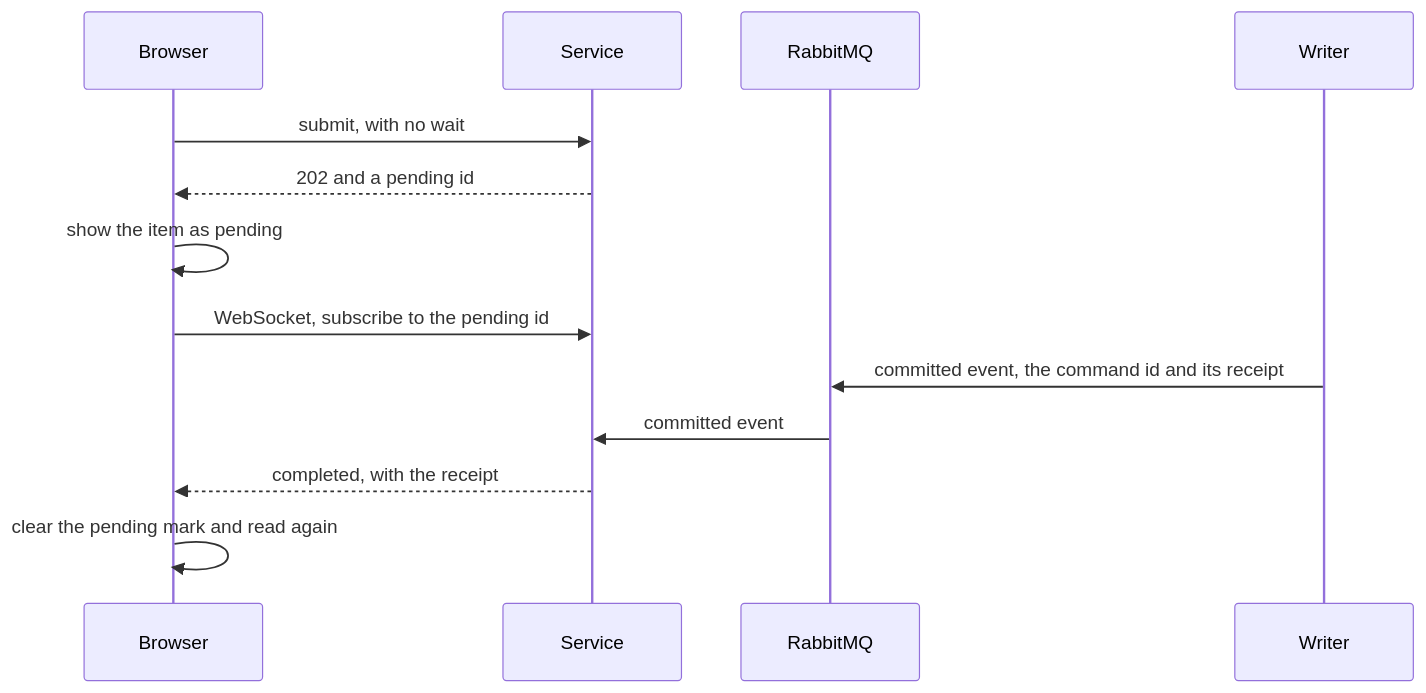
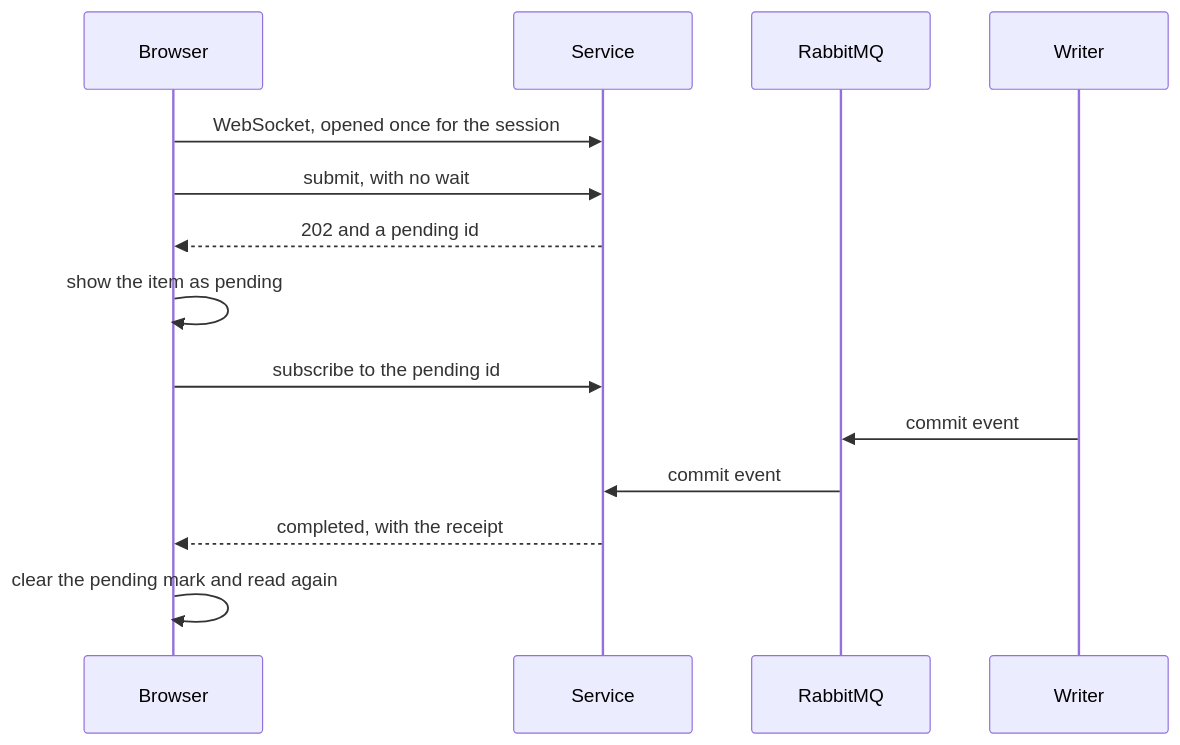
The second of 2 diagrams in docs/developer/sketches/projections-maintained-in-the-write.md (nebularis/lattice), drawn with Mermaid before and after one commit. The commit also changed other lines of this file and 2 other files, not shown here.

First line of the commit message:
[projection-maintenance] Three tiers, commit events as notices, and two backlog items

````diff
--- a/docs/developer/sketches/projections-maintained-in-the-write.md
+++ b/docs/developer/sketches/projections-maintained-in-the-write.md
@@ -65,15 +90,16 @@
 ```mermaid
 sequenceDiagram
   participant B as Browser
   participant S as Service
   participant Q as RabbitMQ
   participant W as Writer
+  B->>S: WebSocket, opened once for the session
   B->>S: submit, with no wait
   S-->>B: 202 and a pending id
   B->>B: show the item as pending
-  B->>S: WebSocket, subscribe to the pending id
-  W->>Q: committed event, the command id and its receipt
-  Q->>S: committed event
+  B->>S: subscribe to the pending id
+  W->>Q: commit event
+  Q->>S: commit event
   S-->>B: completed, with the receipt
   B->>B: clear the pending mark and read again
 ```
````
